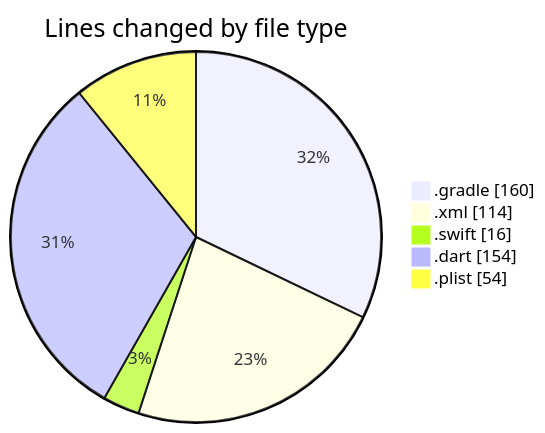
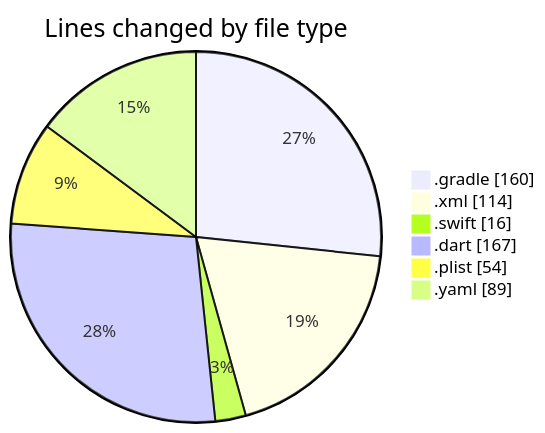
The first of 2 diagrams in 2025-01-01/uber_clone/README.md (donsfak/code-tracking), drawn with Mermaid before and after one commit. The commit also changed other lines of this file and 1 other file, not shown here.

````diff
--- a/2025-01-01/uber_clone/README.md
+++ b/2025-01-01/uber_clone/README.md
@@ -27,9 +28,10 @@
 ```mermaid
 pie showData
 title Lines changed by file type
 ".gradle" : 160
 ".xml" : 114
 ".swift" : 16
-".dart" : 154
+".dart" : 167
 ".plist" : 54
+".yaml" : 89
 ```
````
